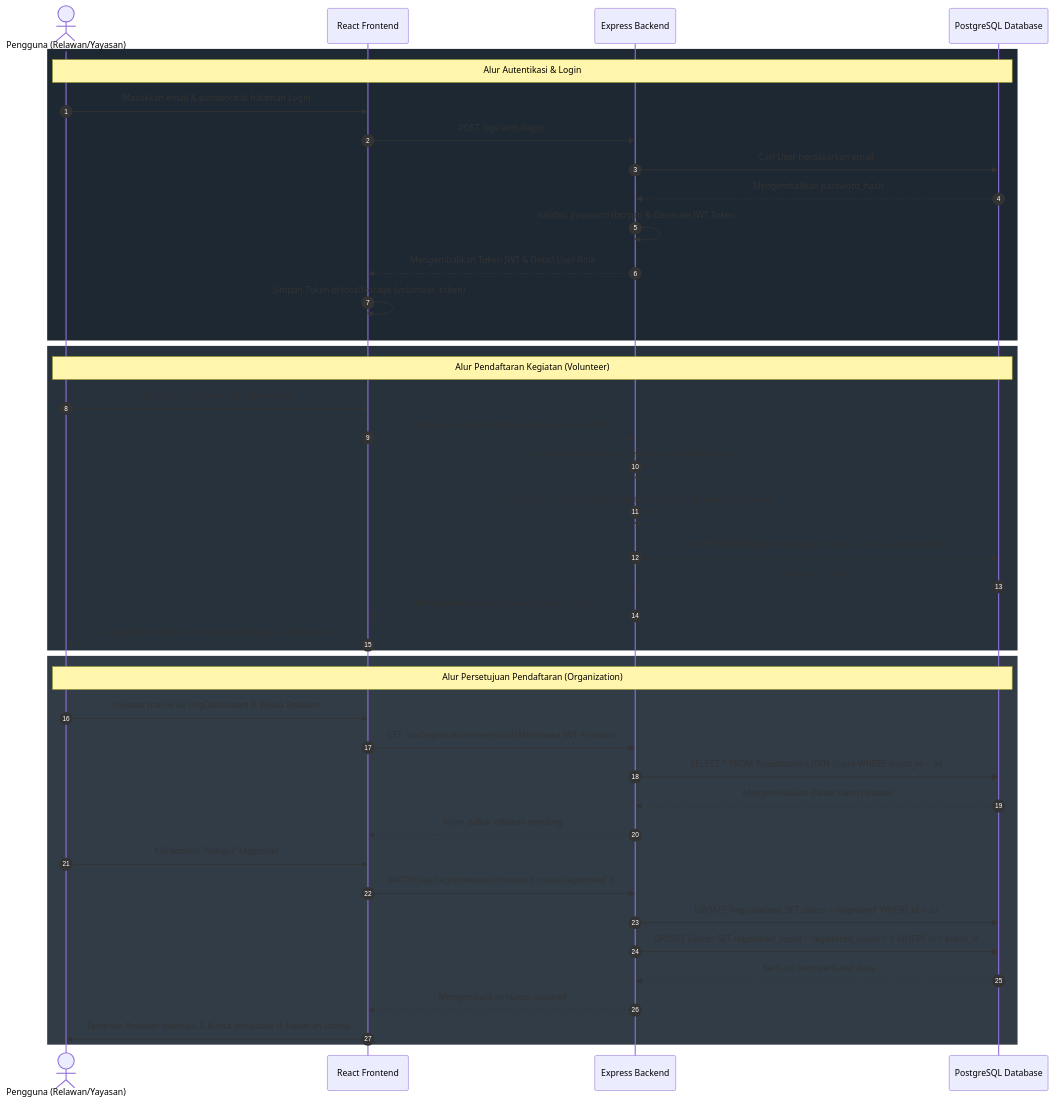
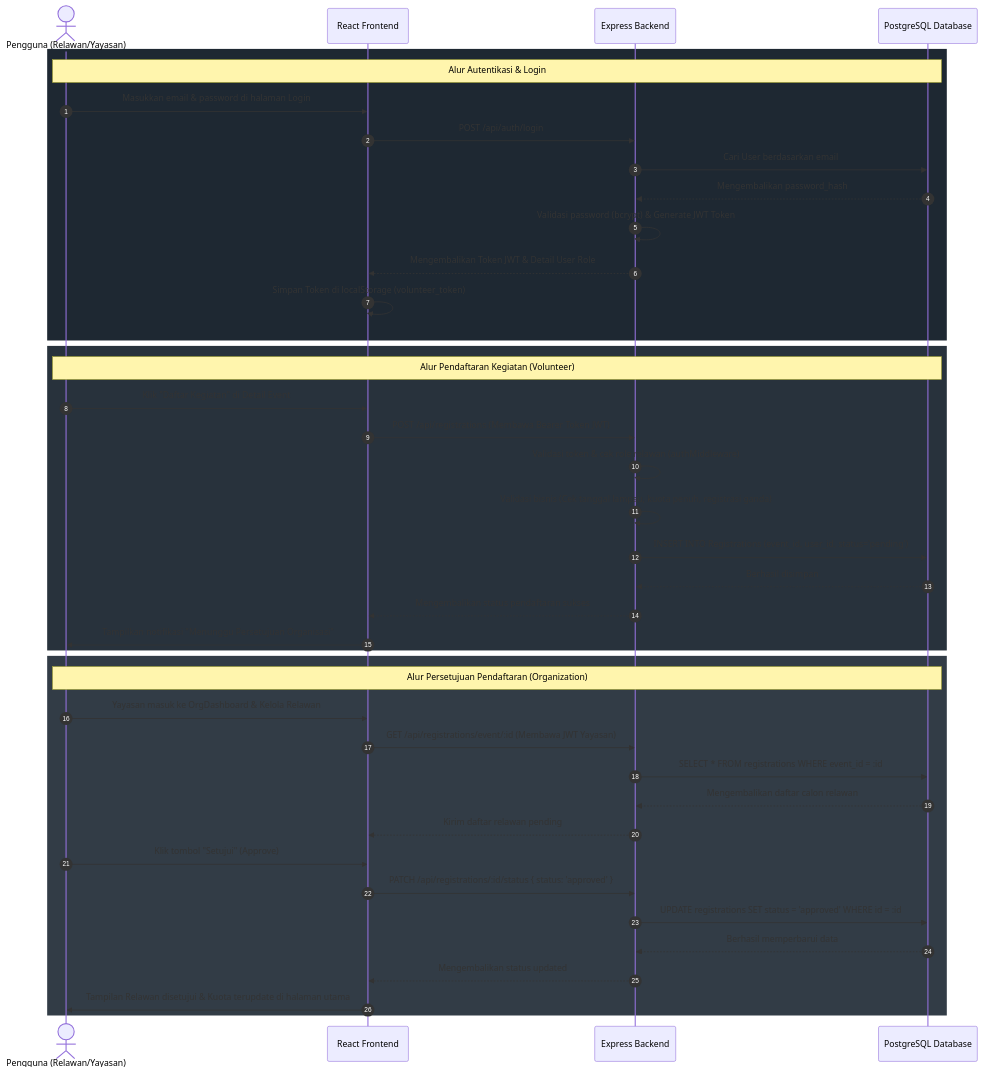
One commit to Biyu-aja/volunteer1 changed the diagram in README.md. Above: the diagram before and after it, drawn with Mermaid. The commit also changed other lines of this file, not shown here.

````diff
--- a/README.md
+++ b/README.md
@@ -81,47 +78,46 @@
 ```mermaid
 sequenceDiagram
     autonumber
     actor U as Pengguna (Relawan/Yayasan)
     participant F as React Frontend
     participant B as Express Backend
     participant DB as PostgreSQL Database
 
     rect rgb(30, 40, 50)
     Note over U, DB: Alur Autentikasi & Login
     U->>F: Masukkan email & password di halaman Login
     F->>B: POST /api/auth/login
     B->>DB: Cari User berdasarkan email
     DB-->>B: Mengembalikan password_hash
     B->>B: Validasi password (bcrypt) & Generate JWT Token
     B-->>F: Mengembalikan Token JWT & Detail User Role
     F->>F: Simpan Token di localStorage (volunteer_token)
     end
 
     rect rgb(40, 50, 60)
     Note over U, DB: Alur Pendaftaran Kegiatan (Volunteer)
     U->>F: Klik "Daftar Kegiatan" di Detail Event
     F->>B: POST /api/registrations (Membawa Bearer Token JWT)
     B->>B: Validasi token & cek role relawan (authMiddleware)
     B->>B: Validasi bisnis (Cek tanggal lampau, kuota penuh, registrasi ganda)
     B->>DB: INSERT INTO Registrations (event_id, user_id, status='pending')
     DB-->>B: Berhasil disimpan
     B-->>F: Mengembalikan status pendaftaran sukses
     F->>U: Tampilkan notifikasi "Menunggu Persetujuan Organisasi"
     end
 
     rect rgb(50, 60, 70)
     Note over U, DB: Alur Persetujuan Pendaftaran (Organization)
     U->>F: Yayasan masuk ke OrgDashboard & Kelola Relawan
     F->>B: GET /api/registrations/event/:id (Membawa JWT Yayasan)
-    B->>DB: SELECT * FROM Registrations JOIN Users WHERE event_id = :id
+    B->>DB: SELECT * FROM registrations WHERE event_id = :id
     DB-->>B: Mengembalikan daftar calon relawan
     B-->>F: Kirim daftar relawan pending
     U->>F: Klik tombol "Setujui" (Approve)
     F->>B: PATCH /api/registrations/:id/status { status: 'approved' }
-    B->>DB: UPDATE Registrations SET status = 'approved' WHERE id = :id
-    B->>DB: UPDATE Events SET registered_count = registered_count + 1 WHERE id = event_id
+    B->>DB: UPDATE registrations SET status = 'approved' WHERE id = :id
     DB-->>B: Berhasil memperbarui data
     B-->>F: Mengembalikan status updated
     F->>U: Tampilan Relawan disetujui & Kuota terupdate di halaman utama
     end
 ```
````
